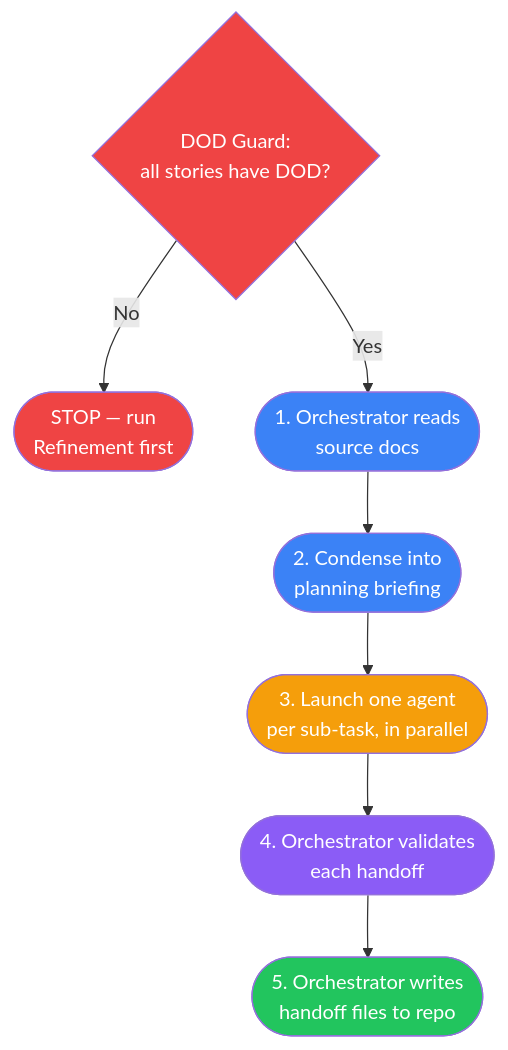
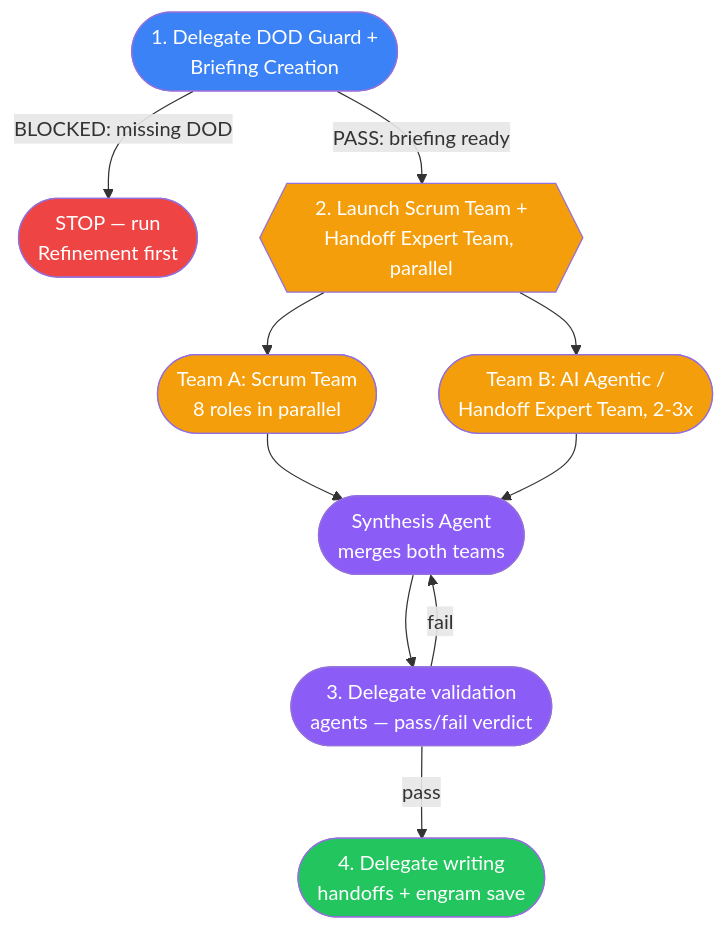
Before and after one commit to virgenherrera/Ballast-Lane-code_challenge: the sixth of 6 diagrams in AGENTS.md, drawn with Mermaid. The commit also changed other lines of this file, not shown here.

First line of the commit message:
docs(agents): redesign planning ceremony to fully-delegated orchestration

````diff
--- a/AGENTS.md
+++ b/AGENTS.md
@@ -332,18 +334,23 @@
 ```mermaid
-%% Planning ceremony — orchestrator-driven, guarded by DOD check
+%% Planning ceremony — fully delegated, orchestrator only launches agents and receives verdicts
 flowchart TD
-    GUARD{"DOD Guard:\nall stories have DOD?"} -->|No| STOP([STOP — run\nRefinement first])
-    GUARD -->|Yes| READ([1. Orchestrator reads\nsource docs])
-    READ --> BUNDLE([2. Condense into\nplanning briefing])
-    BUNDLE --> TASKS([3. Launch one agent\nper sub-task, in parallel])
-    TASKS --> VALIDATE([4. Orchestrator validates\neach handoff])
-    VALIDATE --> WRITE([5. Orchestrator writes\nhandoff files to repo])
+    BRIEF([1. Delegate DOD Guard +\nBriefing Creation])
+    BRIEF -->|BLOCKED: missing DOD| STOP([STOP — run\nRefinement first])
+    BRIEF -->|PASS: briefing ready| SPLIT{{2. Launch Scrum Team +\nHandoff Expert Team, parallel}}
+    SPLIT --> SCRUM([Team A: Scrum Team\n8 roles in parallel])
+    SPLIT --> EXPERT([Team B: AI Agentic /\nHandoff Expert Team, 2-3x])
+    SCRUM --> SYNTH([Synthesis Agent\nmerges both teams])
+    EXPERT --> SYNTH
+    SYNTH --> VALIDATE([3. Delegate validation\nagents — pass/fail verdict])
+    VALIDATE -->|fail| SYNTH
+    VALIDATE -->|pass| WRITE([4. Delegate writing\nhandoffs + engram save])
 
-    style GUARD fill:#ef4444,color:#fff
     style STOP fill:#ef4444,color:#fff
-    style READ fill:#3b82f6,color:#fff
-    style BUNDLE fill:#3b82f6,color:#fff
-    style TASKS fill:#f59e0b,color:#fff
+    style BRIEF fill:#3b82f6,color:#fff
+    style SPLIT fill:#f59e0b,color:#fff
+    style SCRUM fill:#f59e0b,color:#fff
+    style EXPERT fill:#f59e0b,color:#fff
+    style SYNTH fill:#8b5cf6,color:#fff
     style VALIDATE fill:#8b5cf6,color:#fff
     style WRITE fill:#22c55e,color:#fff
 ```
````
